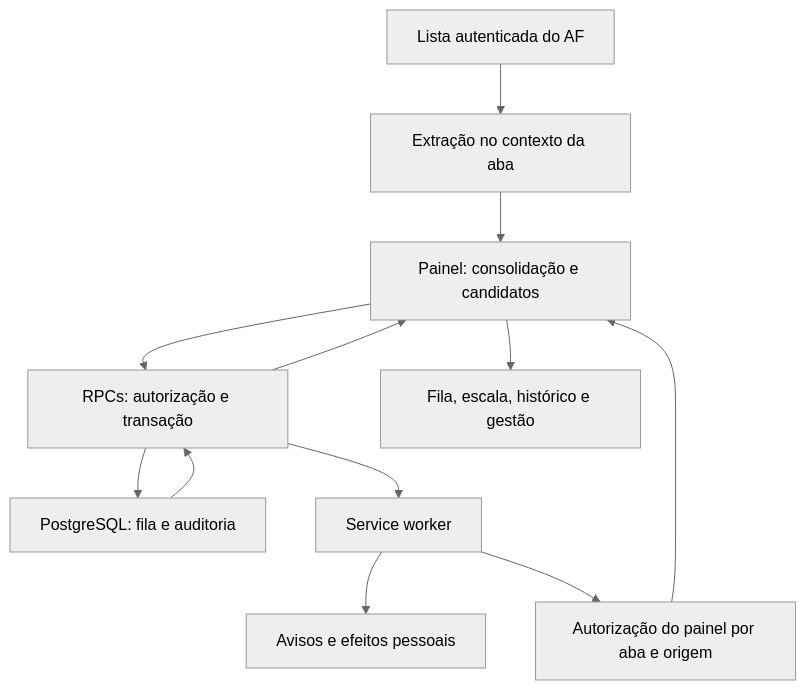
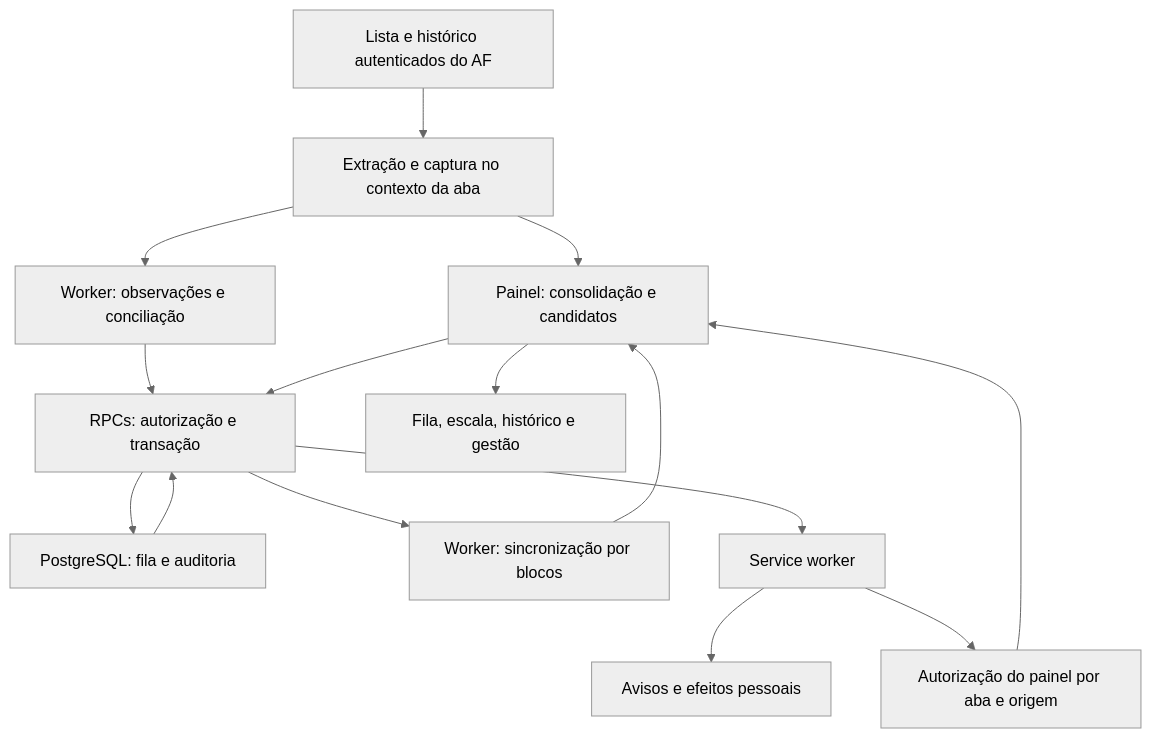
One commit to WinstonGabriel/fila-pedidos-af changed the first of 2 diagrams in docs/ARQUITETURA.md. Above: the diagram before and after it, drawn with Mermaid (neutral theme). The commit also changed other lines of this file and 14 other files, not shown here.

````diff
--- a/docs/ARQUITETURA.md
+++ b/docs/ARQUITETURA.md
@@ -11,14 +11,17 @@
 ```mermaid
 flowchart TD
-  AF["Lista autenticada do AF"] --> X["Extração no contexto da aba"]
+  AF["Lista e histórico autenticados do AF"] --> X["Extração e captura no contexto da aba"]
   X --> P["Painel: consolidação e candidatos"]
+  X --> C["Worker: observações e conciliação"]
+  C --> R["RPCs: autorização e transação"]
   P --> R["RPCs: autorização e transação"]
   R --> DB["PostgreSQL: fila e auditoria"]
   DB --> R
-  R --> P
+  R --> S["Worker: sincronização por blocos"]
+  S --> P
   P --> V["Fila, escala, histórico e gestão"]
   W["Service worker"] --> N["Avisos e efeitos pessoais"]
   R --> W
   W --> G["Autorização do painel por aba e origem"]
   G --> P
 ```
````
